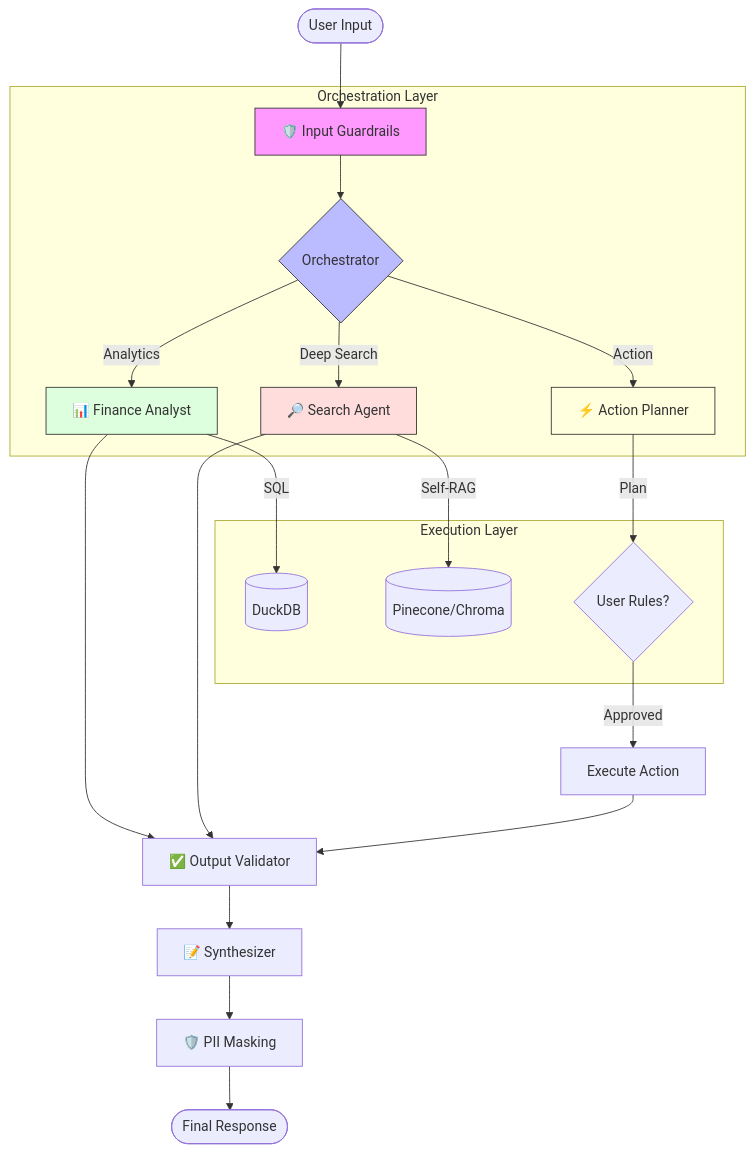
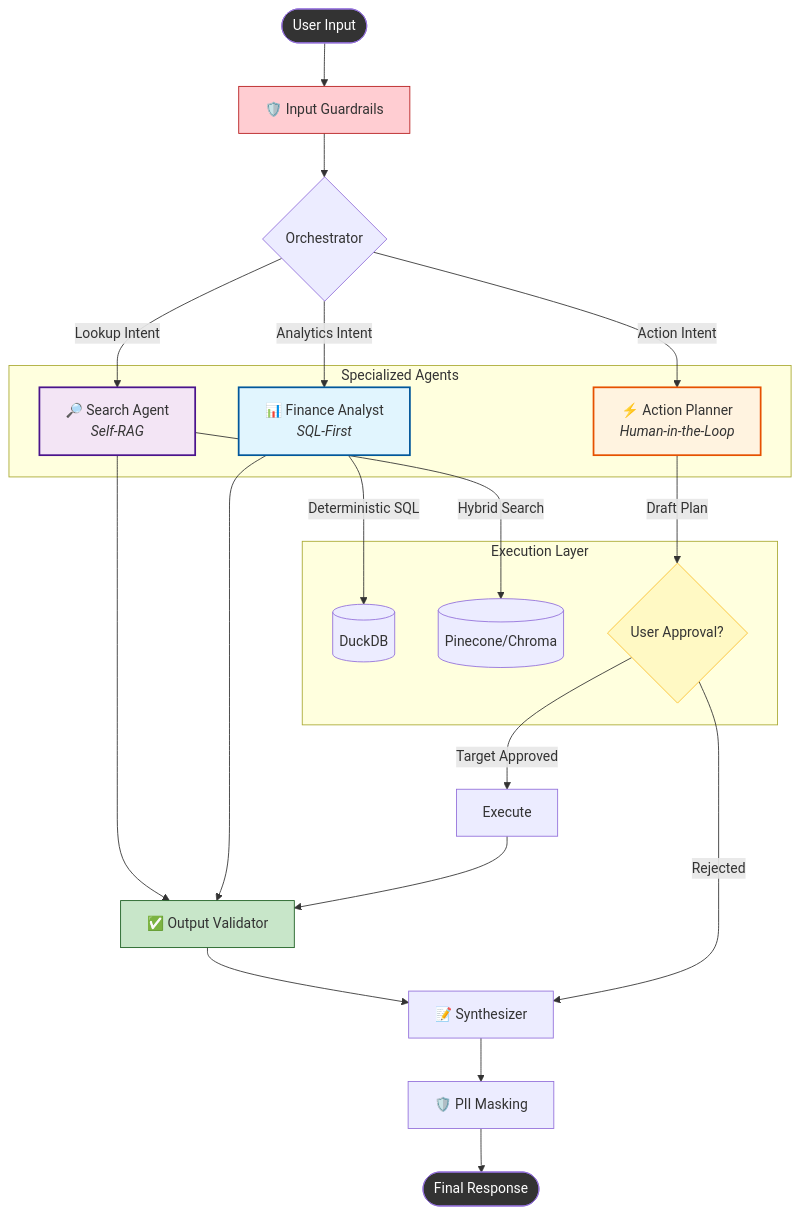
One commit to EminDurmuSS/finn-chatbot changed the first of 3 diagrams in README.md. Above: the diagram before and after it, drawn with Mermaid. The commit also changed other lines of this file, not shown here.

Commit message:
docs: Polish agentic architecture diagrams and patterns

````diff
--- a/README.md
+++ b/README.md
@@ -20,29 +20,53 @@
 ```mermaid
 graph TD
-    User([User Input]) --> Guard[🛡️ Input Guardrails]
+    %% Nodes
+    User([User Input])
+    Guard[🛡️ Input Guardrails]
+    Router{Orchestrator}
     
-    subgraph "Orchestration Layer"
-        Guard --> Router{Orchestrator}
-        Router -->|Analytics| Fin[📊 Finance Analyst]
-        Router -->|Deep Search| Search[🔎 Search Agent]
-        Router -->|Action| Planner[⚡ Action Planner]
+    subgraph "Specialized Agents"
+        style Fin fill:#e1f5fe,stroke:#01579b,stroke-width:2px
+        style Search fill:#f3e5f5,stroke:#4a148c,stroke-width:2px
+        style Planner fill:#fff3e0,stroke:#e65100,stroke-width:2px
+        
+        Fin[📊 Finance Analyst<br/><i>SQL-First</i>]
+        Search[🔎 Search Agent<br/><i>Self-RAG</i>]
+        Planner[⚡ Action Planner<br/><i>Human-in-the-Loop</i>]
     end
     
     subgraph "Execution Layer"
-        Fin -->|SQL| DB[(DuckDB)]
-        Search -->|Self-RAG| Vector[(Pinecone/Chroma)]
-        Planner -->|Plan| Confirm{User Rules?}
+        DB[(DuckDB)]
+        Vector[(Pinecone/Chroma)]
+        Confirm{User Approval?}
     end
     
-    Fin & Search --> Validator[✅ Output Validator]
-    Confirm -->|Approved| Exec[Execute Action] --> Validator
+    Validator[✅ Output Validator]
+    Syn[📝 Synthesizer]
+    Mask[🛡️ PII Masking] 
+    Output([Final Response])
+
+    %% Flows
+    User --> Guard --> Router
     
-    Validator --> Syn[📝 Synthesizer]
-    Syn --> Mask[🛡️ PII Masking] --> Output([Final Response])
-
-    style Guard fill:#f9f,stroke:#333
-    style Router fill:#bbf,stroke:#333
-    style Fin fill:#dfd,stroke:#333
-    style Search fill:#fdd,stroke:#333
-    style Planner fill:#ffd,stroke:#333
+    Router -->|Analytics Intent| Fin
+    Router -->|Lookup Intent| Search
+    Router -->|Action Intent| Planner
+    
+    Fin -->|Deterministic SQL| DB
+    Search -->|Hybrid Search| Vector
+    Planner -->|Draft Plan| Confirm
+    
+    Confirm -->|Target Approved| Exec[Execute] --> Validator
+    Confirm -->|Rejected| Syn
+    
+    Fin & Search --> Validator
+    
+    Validator --> Syn --> Mask --> Output
+    
+    %% Styling
+    style User fill:#333,color:#fff
+    style Output fill:#333,color:#fff
+    style Guard fill:#ffcdd2,stroke:#b71c1c
+    style Validator fill:#c8e6c9,stroke:#1b5e20
+    style Confirm fill:#fff9c4,stroke:#fbc02d
 ```
````
